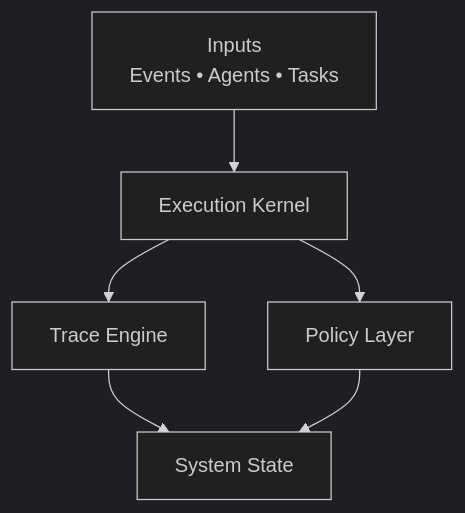
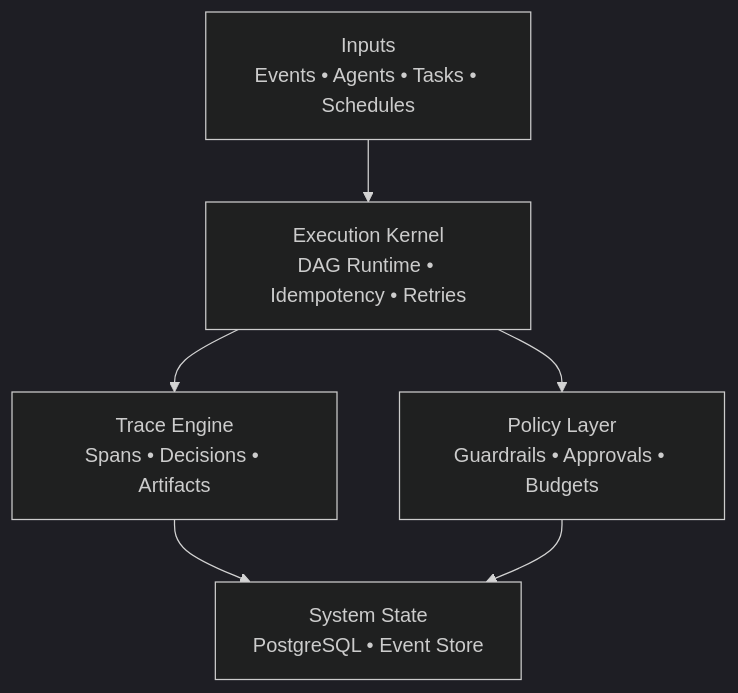
Before and after one commit to Hardonian/Hardonian: the third of 5 diagrams in README.md, drawn with Mermaid (dark theme). The commit also changed other lines of this file, not shown here.

````diff
--- a/README.md
+++ b/README.md
@@ -196,15 +213,15 @@
 ```mermaid
 flowchart TB
 
-Inputs["Inputs<br/>Events • Agents • Tasks"]
-Kernel["Execution Kernel"]
-Trace["Trace Engine"]
-Policy["Policy Layer"]
-State["System State"]
+    Inputs["Inputs<br/>Events • Agents • Tasks • Schedules"]
+    Kernel["Execution Kernel<br/>DAG Runtime • Idempotency • Retries"]
+    Trace["Trace Engine<br/>Spans • Decisions • Artifacts"]
+    Policy["Policy Layer<br/>Guardrails • Approvals • Budgets"]
+    State["System State<br/>PostgreSQL • Event Store"]
 
-Inputs --> Kernel
-Kernel --> Trace
-Kernel --> Policy
-Trace --> State
-Policy --> State
+    Inputs --> Kernel
+    Kernel --> Trace
+    Kernel --> Policy
+    Trace --> State
+    Policy --> State
 ```
````
